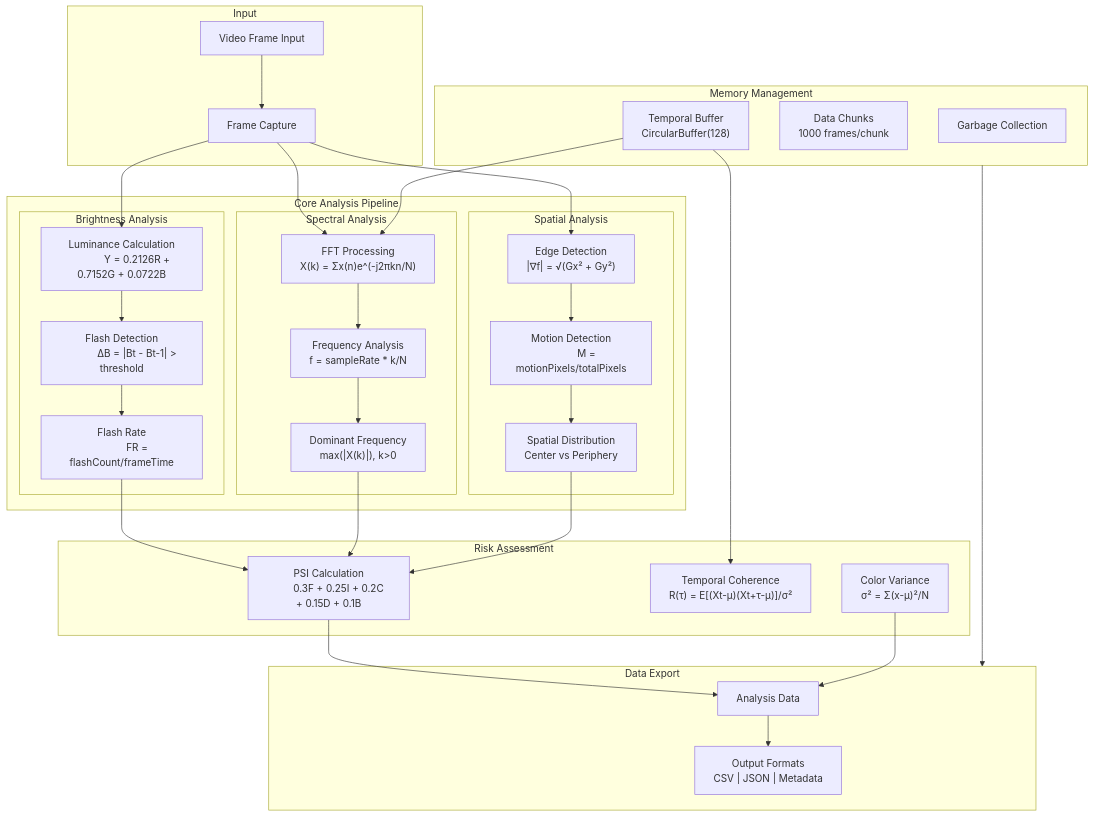
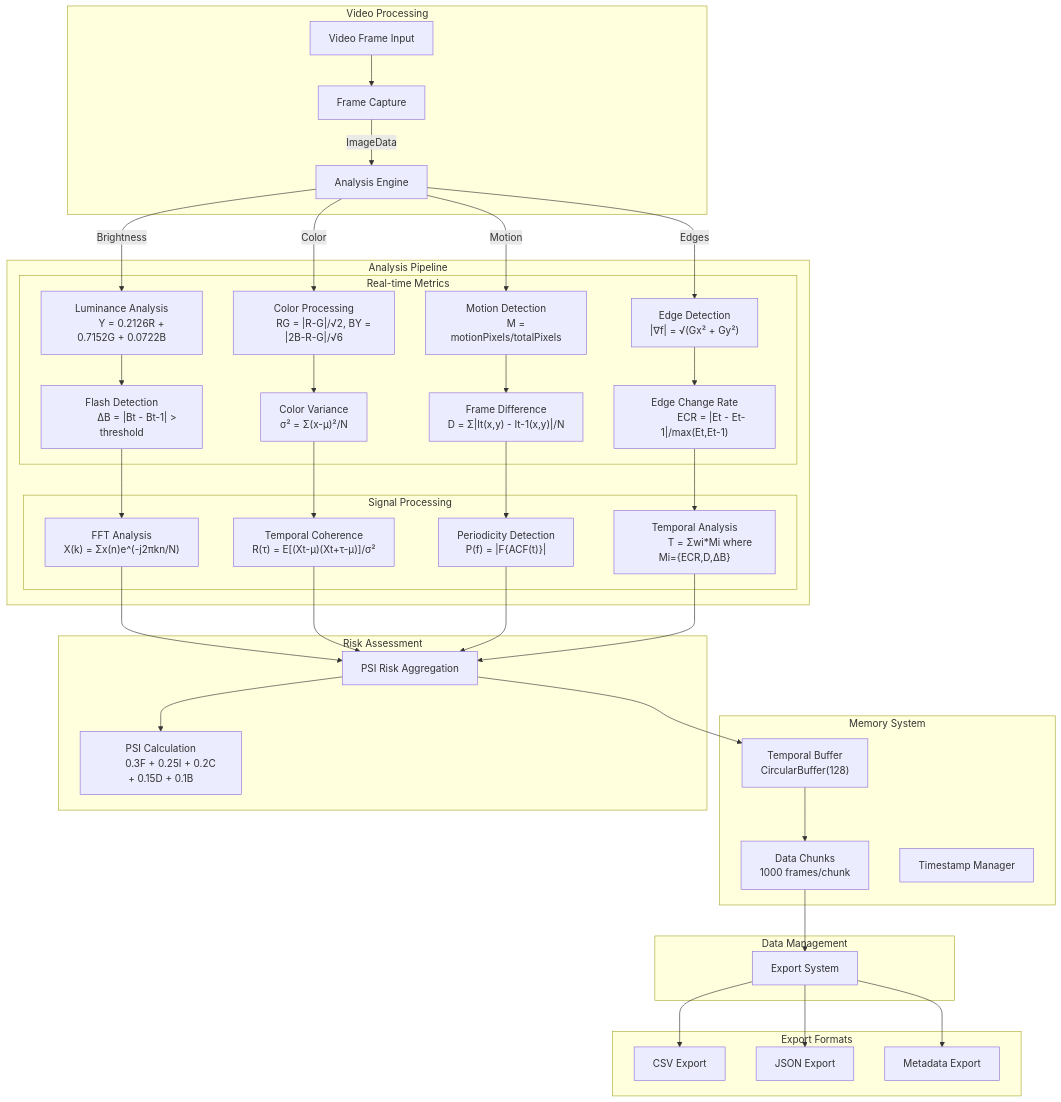
One commit to Pi-0r-Tau/EPI-LENS changed the second of 2 diagrams in README.md. Above: the diagram before and after it, drawn with Mermaid.

````diff
--- a/README.md
+++ b/README.md
@@ -75,80 +75,69 @@
 ```mermaid
 graph TB
-    subgraph Input
-        VID[Video Frame Input]
-        FC[Frame Capture]
-        VID --> FC
+    subgraph Video_Processing [Video Processing]
+        VID[Video Frame Input] --> CAP[Frame Capture]
+        CAP --> |ImageData| ANA[Analysis Engine]
     end
 
-    subgraph Core_Analysis [Core Analysis Pipeline]
-        subgraph Brightness [Brightness Analysis]
-            BR["Luminance Calculation
-            Y = 0.2126R + 0.7152G + 0.0722B"]
-            FD["Flash Detection
-            ΔB = |Bt - Bt-1| > threshold"]
-            FR["Flash Rate
-            FR = flashCount/frameTime"]
-            BR --> FD --> FR
-        end
-
-        subgraph Spectral [Spectral Analysis]
-            FFT["FFT Processing
-            X(k) = Σx(n)e^(-j2πkn/N)"]
-            FREQ["Frequency Analysis
-            f = sampleRate * k/N"]
-            DOM["Dominant Frequency
-            max(|X(k)|), k>0"]
-            FFT --> FREQ --> DOM
-        end
-
-        subgraph Spatial [Spatial Analysis]
-            EDG["Edge Detection
-            |∇f| = √(Gx² + Gy²)"]
-            MOT["Motion Detection
-            M = motionPixels/totalPixels"]
-            DIST["Spatial Distribution
-            Center vs Periphery"]
-            EDG --> MOT --> DIST
-        end
-    end
-
-    subgraph Risk [Risk Assessment]
-        PSI["PSI Calculation
-        0.3F + 0.25I + 0.2C + 0.15D + 0.1B"]
-        COH["Temporal Coherence
-        R(τ) = E[(Xt-μ)(Xt+τ-μ)]/σ²"]
-        VAR["Color Variance
-        σ² = Σ(x-μ)²/N"]
-    end
-
-    subgraph Memory [Memory Management]
+    subgraph Memory_System [Memory System]
         BUF["Temporal Buffer
         CircularBuffer(128)"]
         CHK["Data Chunks
         1000 frames/chunk"]
-        CLEAN["Garbage Collection"]
+        TST["Timestamp Manager"]
     end
 
-    subgraph Export [Data Export]
-        DATA[Analysis Data]
-        OUT["Output Formats
-        CSV | JSON | Metadata"]
-        DATA --> OUT
+    subgraph Analysis_Pipeline [Analysis Pipeline]
+        ANA --> |Brightness| BRI["Luminance Analysis
+        Y = 0.2126R + 0.7152G + 0.0722B"]
+        ANA --> |Color| COL["Color Processing
+        RG = |R-G|/√2, BY = |2B-R-G|/√6"]
+        ANA --> |Motion| MOT["Motion Detection
+        M = motionPixels/totalPixels"]
+        ANA --> |Edges| EDG["Edge Detection
+        |∇f| = √(Gx² + Gy²)"]
+
+        subgraph Real_Time_Metrics [Real-time Metrics]
+            BRI --> FLA["Flash Detection
+            ΔB = |Bt - Bt-1| > threshold"]
+            COL --> VAR["Color Variance
+            σ² = Σ(x-μ)²/N"]
+            MOT --> DIF["Frame Difference
+            D = Σ|It(x,y) - It-1(x,y)|/N"]
+            EDG --> CHG["Edge Change Rate
+            ECR = |Et - Et-1|/max(Et,Et-1)"]
+        end
+
+        subgraph Signal_Processing [Signal Processing]
+            FLA --> FFT["FFT Analysis
+            X(k) = Σx(n)e^(-j2πkn/N)"]
+            VAR --> COH["Temporal Coherence
+            R(τ) = E[(Xt-μ)(Xt+τ-μ)]/σ²"]
+            DIF --> PER["Periodicity Detection
+            P(f) = |F{ACF(t)}|"]
+            CHG --> TMP["Temporal Analysis
+            T = Σwi*Mi where Mi={ECR,D,ΔB}"]
+        end
     end
 
-    FC --> BR
-    FC --> FFT
-    FC --> EDG
+    subgraph Risk_Assessment [Risk Assessment]
+        AGG["PSI Risk Aggregation"]
+        PSI["PSI Calculation
+        0.3F + 0.25I + 0.2C + 0.15D + 0.1B"]
+        AGG --> PSI
+    end
 
-    FR --> PSI
-    DOM --> PSI
-    DIST --> PSI
+    subgraph Data_Management [Data Management]
+        FFT & COH & PER & TMP --> AGG
+        AGG --> BUF
+        BUF --> CHK
+        CHK --> EXP[Export System]
+    end
 
-    BUF --> FFT
-    BUF --> COH
+    subgraph Export_Formats [Export Formats]
+        EXP --> CSV[CSV Export]
+        EXP --> JSN[JSON Export]
+        EXP --> META[Metadata Export]
+    end
 
-    PSI --> DATA
-    VAR --> DATA
-
-    Memory --> Export
 ```
````
